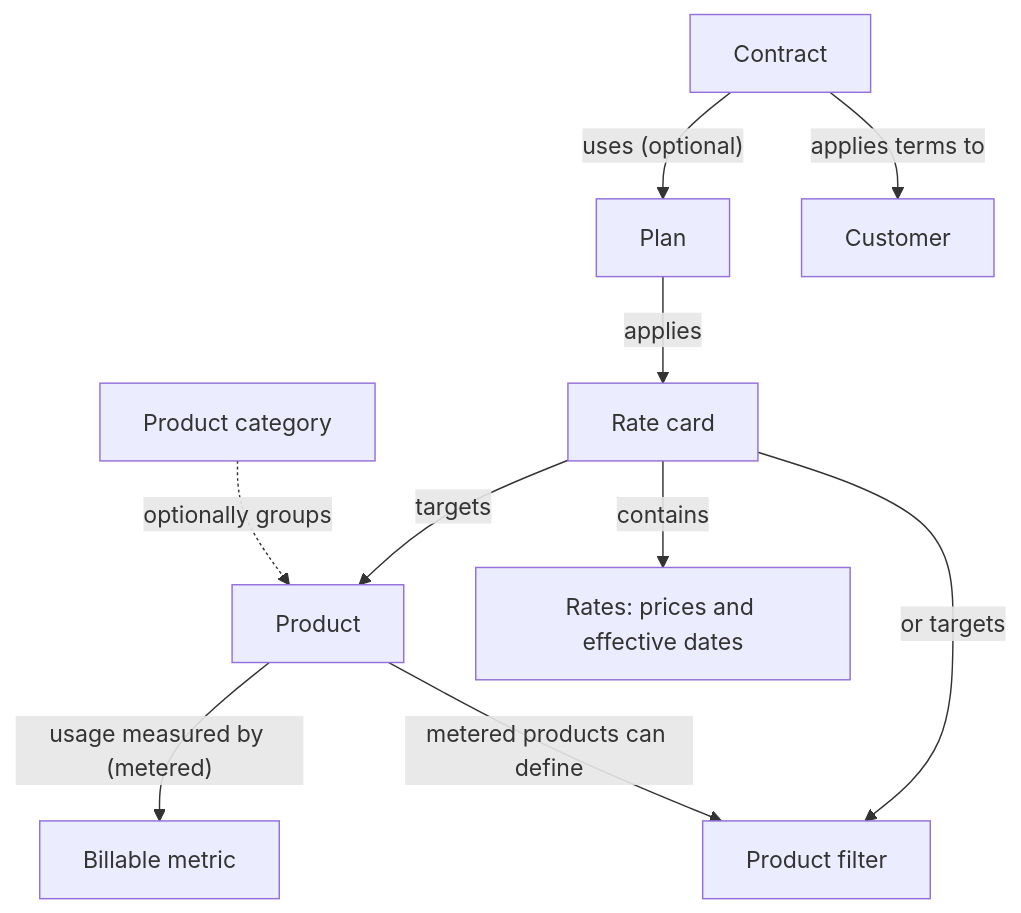
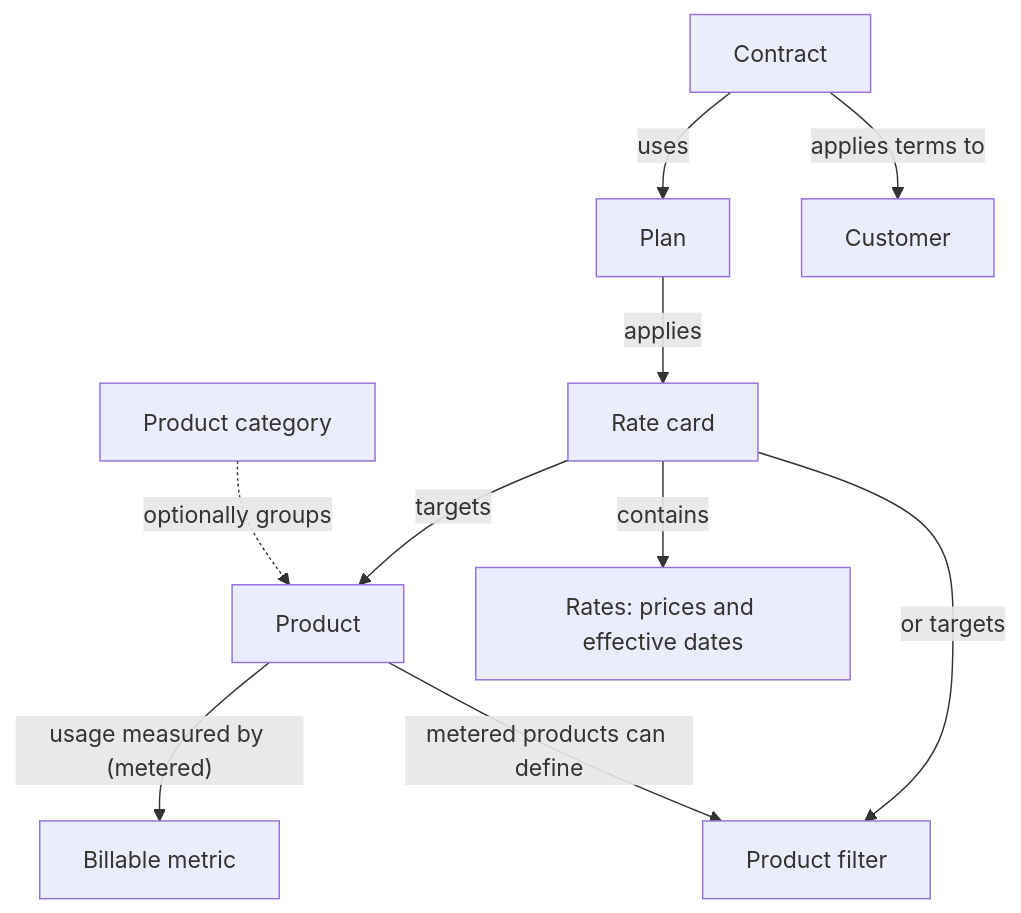
Before and after one commit to getlago/lago-doc: the diagram in v2/guide/introduction/welcome-to-lago.mdx, drawn with Mermaid. The commit also changed other lines of this file and 284 other files, not shown here.

Commit message:
docs: make Contracts copy version agnostic and clarify plan diagrams

````diff
--- a/v2/guide/introduction/welcome-to-lago.mdx
+++ b/v2/guide/introduction/welcome-to-lago.mdx
@@ -50,12 +50,12 @@
 ```mermaid
 flowchart TD
   Category["Product category"] -. "optionally groups" .-> Product["Product"]
   Product -->|"usage measured by (metered)"| Metric["Billable metric"]
   Product -->|"metered products can define"| Filter["Product filter"]
   Card["Rate card"] -->|"targets"| Product
   Card -->|"or targets"| Filter
   Card -->|"contains"| Rate["Rates: prices and effective dates"]
   Plan["Plan"] -->|"applies"| Card
-  Contract["Contract"] -->|"uses (optional)"| Plan
+  Contract["Contract"] -->|"uses"| Plan
   Contract -->|"applies terms to"| Customer["Customer"]
 ```
````
